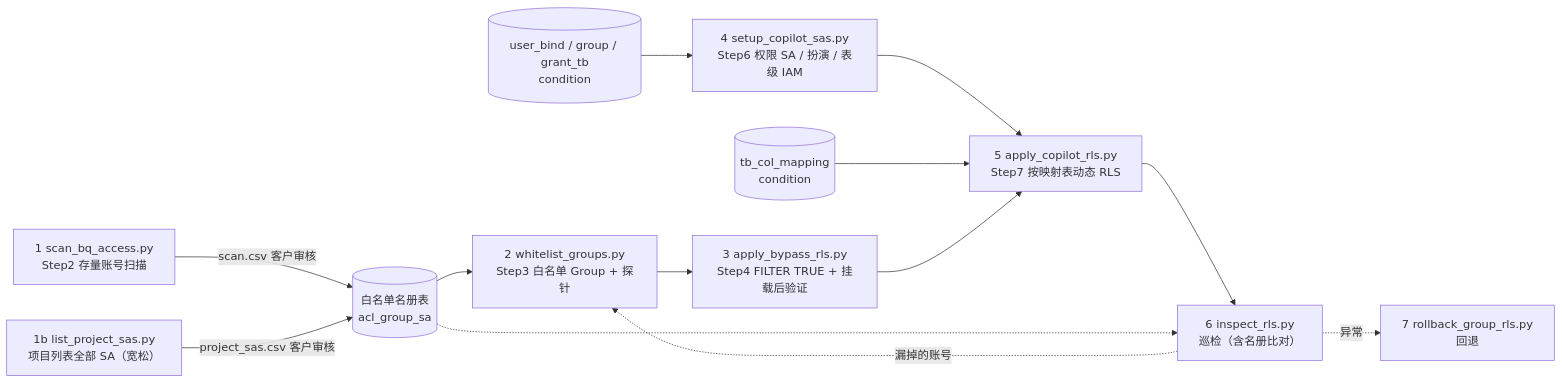
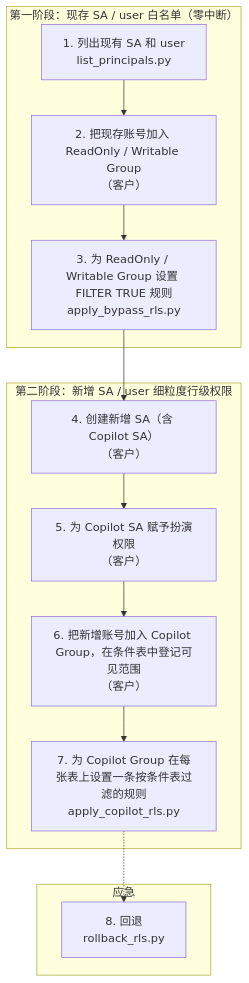
Before and after one commit to DigitalWNZ/bq-sa-rls-toolkit: the diagram in README.md, drawn with Mermaid. The commit also changed other lines of this file and 44 other files, not shown here.

````diff
--- a/README.md
+++ b/README.md
@@ -43,15 +33,17 @@
 ```mermaid
-flowchart LR
-    S2["1 scan_bq_access.py<br/>Step2 存量账号扫描"] -->|scan.csv 客户审核| ACL[("白名单名册表<br/>acl_group_sa")]
-    S1b["1b list_project_sas.py<br/>项目列表全部 SA（宽松）"] -->|project_sas.csv 客户审核| ACL
-    ACL --> S3["2 whitelist_groups.py<br/>Step3 白名单 Group + 探针"]
-    S3 --> S4["3 apply_bypass_rls.py<br/>Step4 FILTER TRUE + 挂载后验证"]
-    AUTH[("user_bind / group / grant_tb<br/>condition")] --> S6["4 setup_copilot_sas.py<br/>Step6 权限 SA / 扮演 / 表级 IAM"]
-    S6 --> S7
-    MAP[("tb_col_mapping<br/>condition")] --> S7
-    S4 --> S7["5 apply_copilot_rls.py<br/>Step7 按映射表动态 RLS"]
-    S7 --> I["6 inspect_rls.py<br/>巡检（含名册比对）"]
-    ACL -.-> I
-    I -.->|异常| R["7 rollback_group_rls.py<br/>回退"]
-    I -.->|漏掉的账号| S3
+flowchart TD
+    subgraph S1["第一阶段：现存 SA / user 白名单（零中断）"]
+        A["1. 列出现有 SA 和 user<br/>list_principals.py"] --> B["2. 把现存账号加入 ReadOnly / Writable Group<br/>（客户）"]
+        B --> C["3. 为 ReadOnly / Writable Group 设置 FILTER TRUE 规则<br/>apply_bypass_rls.py"]
+    end
+    subgraph S2["第二阶段：新增 SA / user 细粒度行级权限"]
+        D["4. 创建新增 SA（含 Copilot SA）<br/>（客户）"] --> E["5. 为 Copilot SA 赋予扮演权限<br/>（客户）"]
+        E --> F["6. 把新增账号加入 Copilot Group，在条件表中登记可见范围<br/>（客户）"]
+        F --> G["7. 为 Copilot Group 在每张表上设置一条按条件表过滤的规则<br/>apply_copilot_rls.py"]
+    end
+    subgraph S3["应急"]
+        H["8. 回退<br/>rollback_rls.py"]
+    end
+    C --> D
+    G -.-> H
 ```
````
